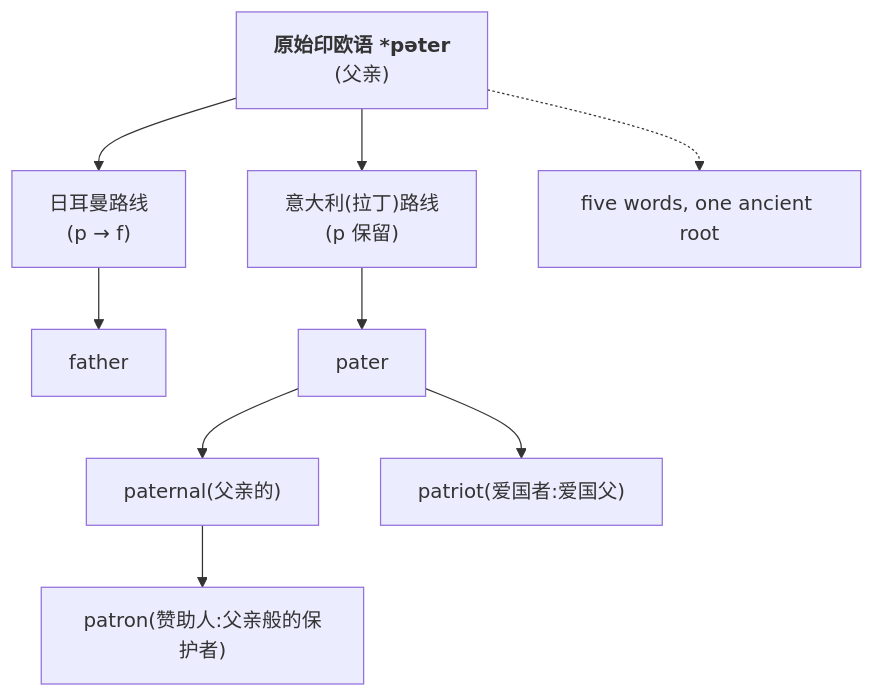
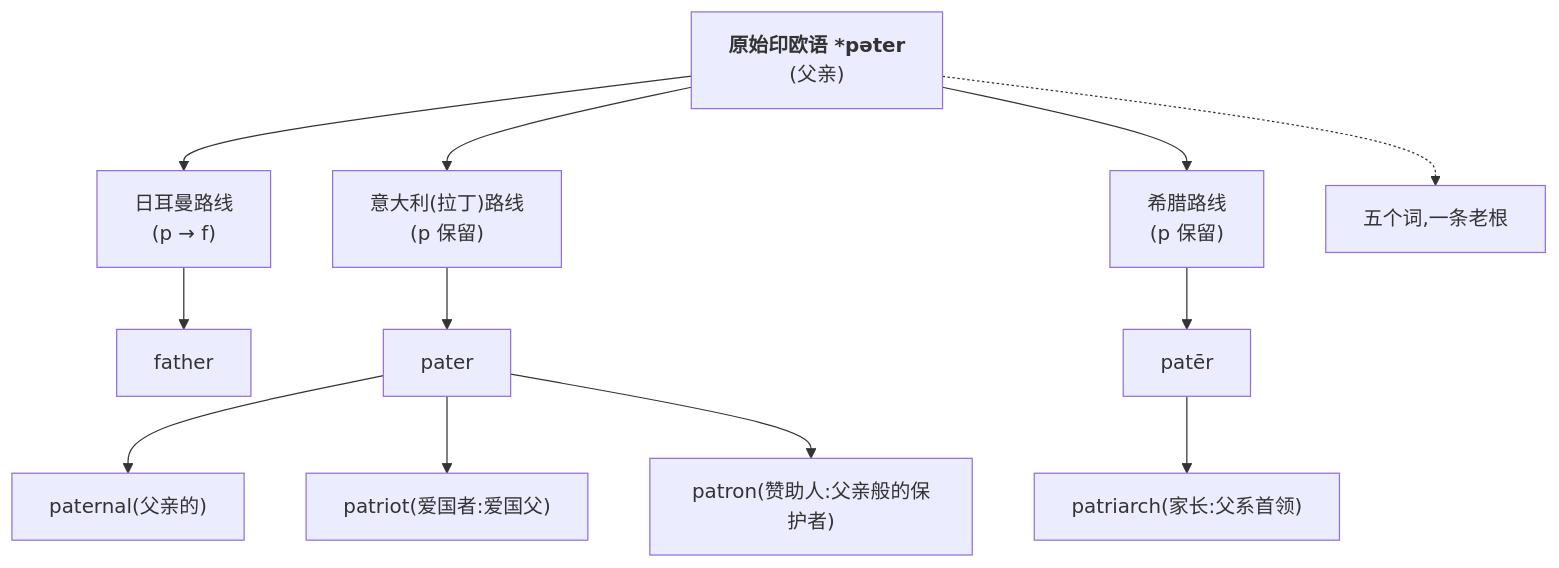
Before and after one commit to swiftczz/roots-affixes-book: the fourth of 4 diagrams in 01-阅读准备/第01章-印欧语系.md, drawn with Mermaid. The commit also changed other lines of this file and 35 other files, not shown here.

````diff
--- a/01-阅读准备/第01章-印欧语系.md
+++ b/01-阅读准备/第01章-印欧语系.md
@@ -238,12 +238,15 @@
 ```mermaid
 flowchart TD
     R["<b>原始印欧语 *pəter</b><br/>(父亲)"]
     R --> G["日耳曼路线<br/>(p → f)"]
     R --> L["意大利(拉丁)路线<br/>(p 保留)"]
+    R --> K["希腊路线<br/>(p 保留)"]
     G --> F["father"]
     L --> P["pater"]
     P --> PA["paternal(父亲的)"]
     P --> PT["patriot(爱国者:爱国父)"]
-    PA --> PR["patron(赞助人:父亲般的保护者)"]
-    R -.-> OUT["five words, one ancient root"]
+    P --> PR["patron(赞助人:父亲般的保护者)"]
+    K --> PG["patēr"]
+    PG --> PH["patriarch(家长:父系首领)"]
+    R -.-> OUT["五个词,一条老根"]
 ```
````
